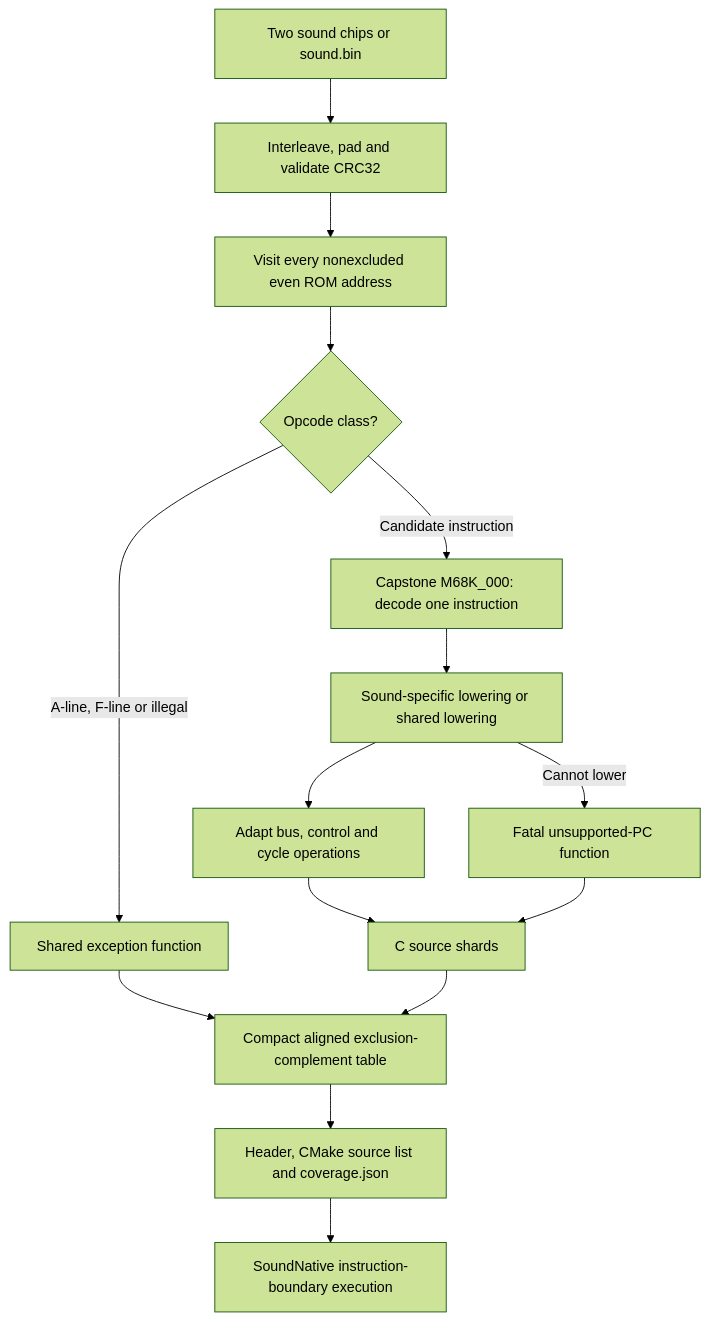
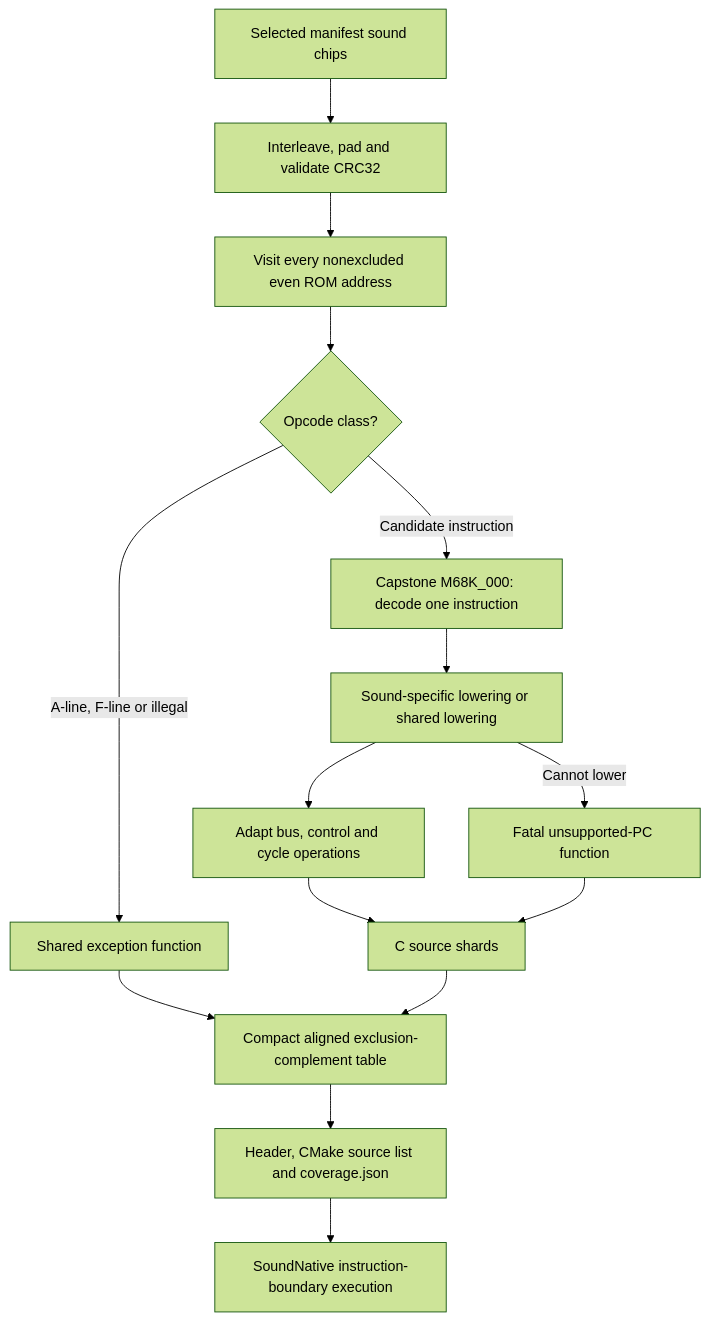
Before and after one commit to ansxor/f3-recomp: the diagram in docs/site/developer/recompiler/sound-compiler.md, drawn with Mermaid (forest theme). The commit also changed other lines of this file and 80 other files, not shown here.

First line of the commit message:
Support 20 ROM sets: manifests, 4-player input, factory EEPROM, extended alt maps, graphics discovery tools

````diff
--- a/docs/site/developer/recompiler/sound-compiler.md
+++ b/docs/site/developer/recompiler/sound-compiler.md
@@ -22,17 +22,17 @@
 ```mermaid
 flowchart TD
-    R["Two sound chips or sound.bin"] --> V["Interleave, pad and validate CRC32"]
+    R["Selected manifest sound chips"] --> V["Interleave, pad and validate CRC32"]
     V --> W["Visit every nonexcluded even ROM address"]
     W --> T{"Opcode class?"}
     T -->|"A-line, F-line or illegal"| E["Shared exception function"]
     T -->|"Candidate instruction"| D["Capstone M68K_000: decode one instruction"]
     D --> L["Sound-specific lowering or shared lowering"]
     L --> A["Adapt bus, control and cycle operations"]
     L -->|"Cannot lower"| U["Fatal unsupported-PC function"]
     A --> S["C source shards"]
     U --> S
     E --> B["Compact aligned exclusion-complement table"]
     S --> B
     B --> C["Header, CMake source list and coverage.json"]
     C --> N["SoundNative instruction-boundary execution"]
 ```
````
